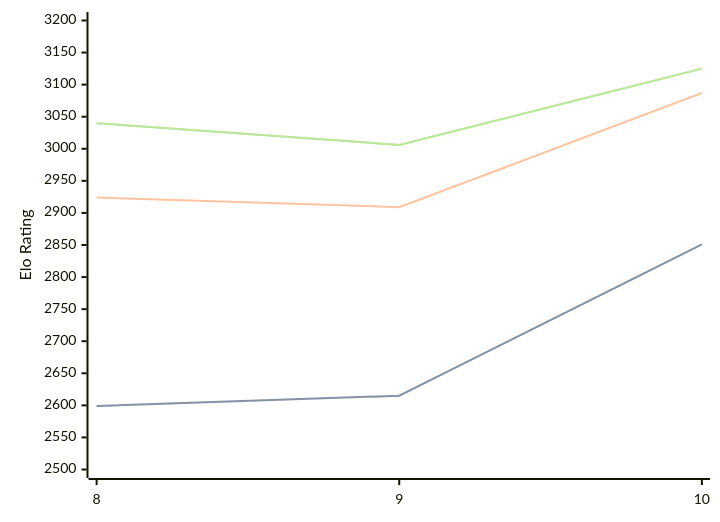
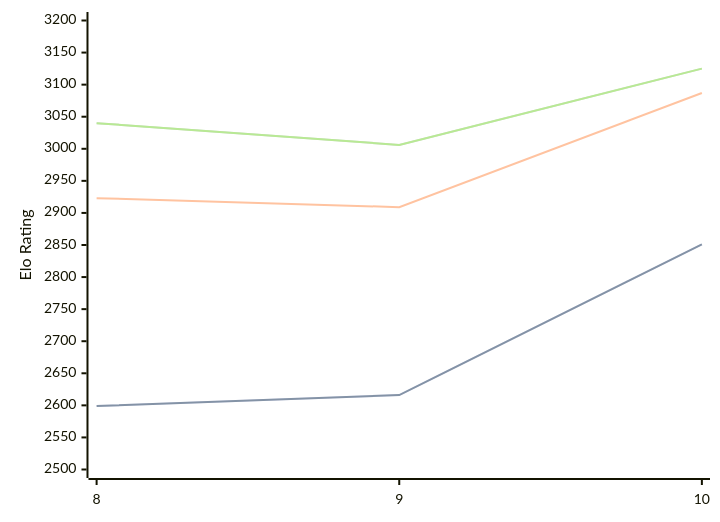
The diagram in engines/Lozza.md (computer-chess-index/cci), drawn with Mermaid before and after one commit. The commit also changed other lines of this file, not shown here.

````diff
--- a/engines/Lozza.md
+++ b/engines/Lozza.md
@@ -33,11 +33,11 @@
 ```mermaid
 %%{init: {"theme":"base","themeVariables":{"seriesColors:['#a3a3a3','#222221','#faa371']}}}%%
 xychart-beta
   x-axis ["8", "9", "10"]
   y-axis "Elo Rating" 2500 --> 3200
-  line "" [2599, 2615, 2851]
-  line "STC (8.0+0.08s)" [2599, 2615, 2851]
-  line "LTC (60.0+0.60s)" [2924, 2909, 3087]
+  line "" [2599, 2616, 2851]
+  line "STC (8.0+0.08s)" [2599, 2616, 2851]
+  line "LTC (60.0+0.60s)" [2923, 2909, 3087]
   line "" [3040, 3006, 3125]
   line "VLTC (2m24s+1.12s)" [3040, 3006, 3125]
 ```
````
